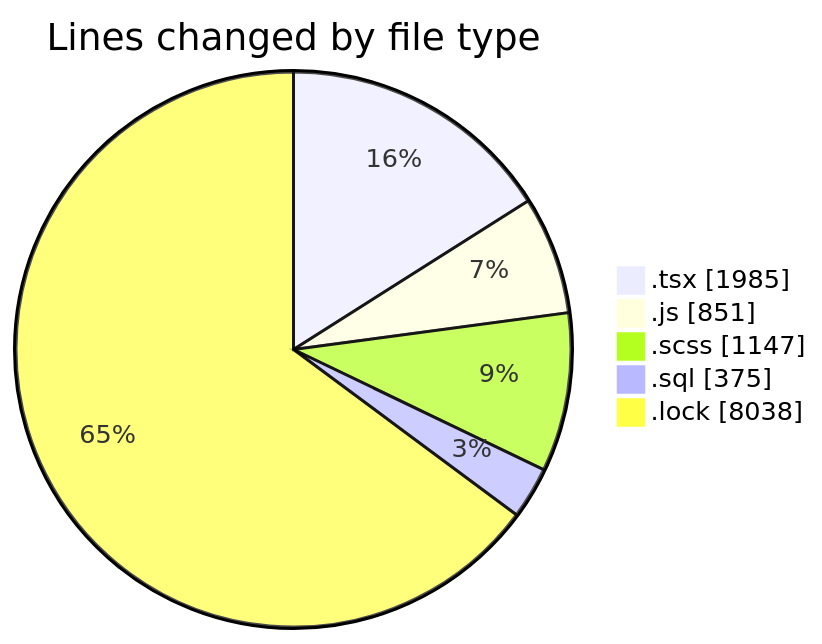
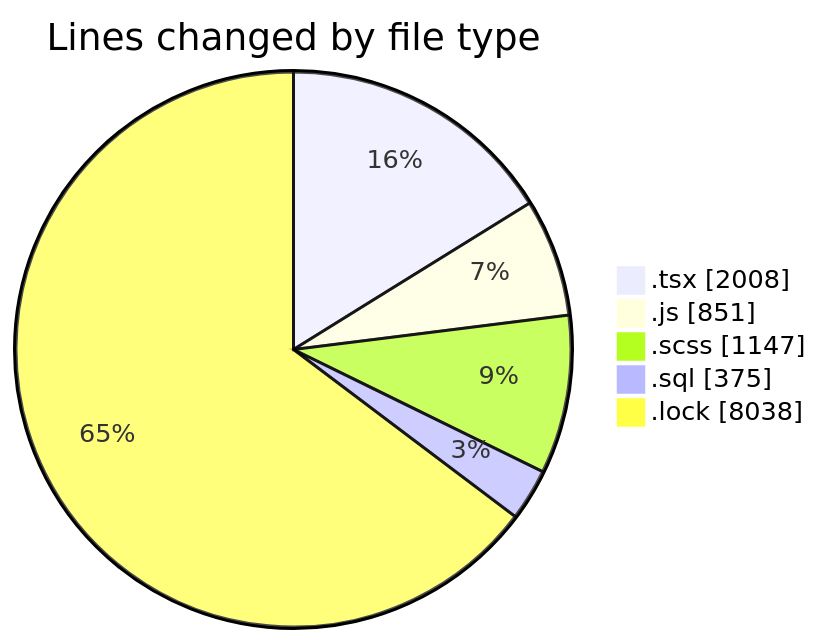
One commit to momahboobian/code-tracking changed the first of 2 diagrams in 2025-03-18/cda/README.md. Above: the diagram before and after it, drawn with Mermaid. The commit also changed other lines of this file and 1 other file, not shown here.

````diff
--- a/2025-03-18/cda/README.md
+++ b/2025-03-18/cda/README.md
@@ -34,9 +34,9 @@
 ```mermaid
 pie showData
 title Lines changed by file type
-".tsx" : 1985
+".tsx" : 2008
 ".js" : 851
 ".scss" : 1147
 ".sql" : 375
 ".lock" : 8038
 ```
````
